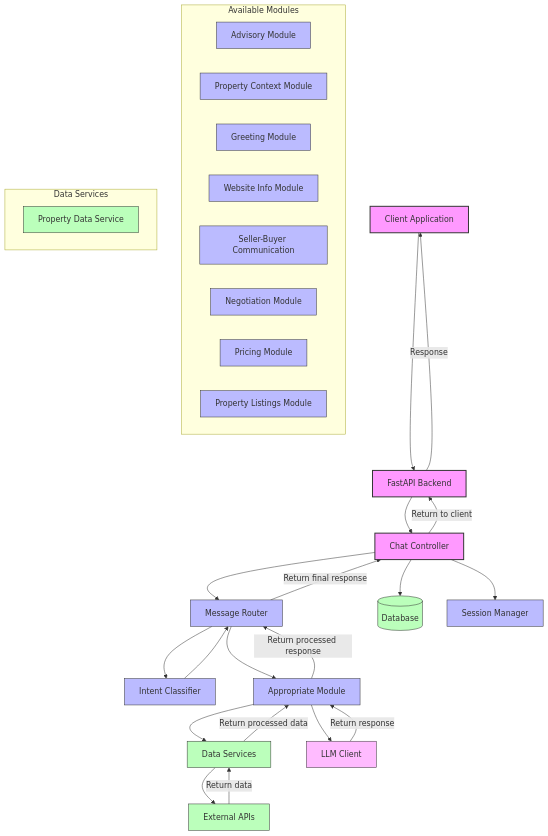
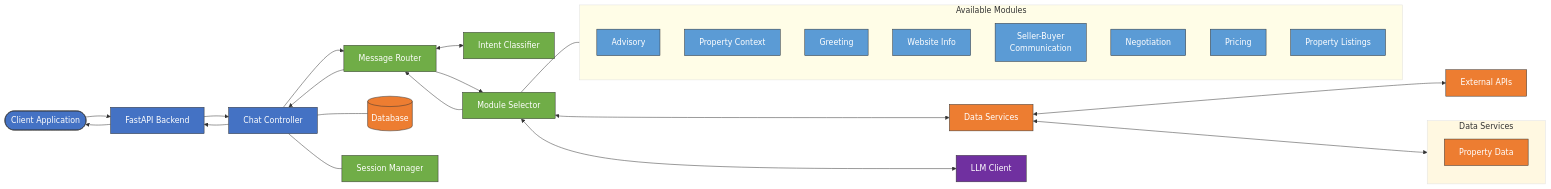
Before and after one commit to alexbull1999/MaiSON_Chatbot: the diagram in diagrams/architecture_diagram.md, drawn with Mermaid. The commit also changed 1 other file, not shown here.

Commit message:
Updating diagram

````diff
--- a/diagrams/architecture_diagram.md
+++ b/diagrams/architecture_diagram.md
@@ -1,54 +1,63 @@
 ```mermaid
-graph TD
-    %% Main Flow
-    Client[Client Application] --> API[FastAPI Backend]
-    API --> Controller[Chat Controller]
-    Controller --> Router[Message Router]
-    Router --> Classifier[Intent Classifier]
-    Classifier --> Router
+flowchart LR
+    %% Core components with improved layout
+    Client([Client Application]):::primary --> API[FastAPI Backend]:::primary
+    API --> Controller[Chat Controller]:::primary
+    Controller --> Router[Message Router]:::secondary
+    Router <--> Classifier[Intent Classifier]:::secondary
     
-    %% Module Selection (simplified)
-    Router --> Modules[Appropriate Module]
-    Modules --> DataServices[Data Services]
-    DataServices --> ExternalAPIs[External APIs]
-    ExternalAPIs --"Return data"--> DataServices
-    DataServices --"Return processed data"--> Modules
-    Modules --> LLM[LLM Client]
-    LLM --"Return response"--> Modules
-    Modules --"Return processed response"--> Router
-    Router --"Return final response"--> Controller
-    Controller --"Return to client"--> API
-    API --"Response"--> Client
+    %% Database connections
+    Controller --- DB[(Database)]:::data
+    Controller --- Session[Session Manager]:::secondary
     
-    %% Database Connection
-    Controller --> Database[(Database)]
-    Controller --> SessionManager[Session Manager]
+    %% Module selection and processing
+    Router --> Modules[Module Selector]:::secondary
     
-    %% Module Types (listed separately)
-    subgraph "Available Modules"
-        Module1[Advisory Module]
-        Module2[Property Context Module]
-        Module3[Greeting Module]
-        Module4[Website Info Module]
-        Module5[Seller-Buyer Communication]
-        Module6[Negotiation Module]
-        Module7[Pricing Module]
-        Module8[Property Listings Module]
+    %% External integrations
+    Modules <--> DataSvc[Data Services]:::data
+    DataSvc <--> ExtAPI[External APIs]:::data
+    Modules <--> LLM[LLM Client]:::llm
+    
+    %% Return flow
+    Modules --> Router
+    Router --> Controller
+    Controller --> API
+    API --> Client
+    
+    %% Available modules in a cleaner subgraph
+    subgraph ModuleTypes[Available Modules]
+        direction TB
+        Advisory[Advisory]:::module
+        PropContext[Property Context]:::module
+        Greeting[Greeting]:::module
+        WebInfo[Website Info]:::module
+        CommModule[Seller-Buyer<br>Communication]:::module
+        Negotiation[Negotiation]:::module
+        Pricing[Pricing]:::module
+        Listings[Property Listings]:::module
     end
     
-    %% Data Services (listed separately)
-    subgraph "Data Services"
-        Service1[Property Data Service]
+    %% Set background color for the modules subgraph
+    style ModuleTypes fill:#FFFDE7,stroke:#E0E0E0
+    
+    %% Connect modules to the module selector
+    Modules --- ModuleTypes
+    
+    %% Data services in a clean subgraph
+    subgraph DataServices[Data Services]
+        PropData[Property Data]:::data
     end
     
-    %% Styling
-    classDef primary fill:#f9f,stroke:#333,stroke-width:2px
-    classDef secondary fill:#bbf,stroke:#333,stroke-width:1px
-    classDef data fill:#bfb,stroke:#333,stroke-width:1px
-    classDef llm fill:#fbf,stroke:#333,stroke-width:1px
+    %% Set background color for the data services subgraph
+    style DataServices fill:#FFF8E1,stroke:#E0E0E0
     
-    class Client,API,Controller primary
-    class Router,Classifier,Modules,Module1,Module2,Module3,Module4,Module5,Module6,Module7,Module8,SessionManager secondary
-    class Database,DataServices,Service1,ExternalAPIs data
-    class LLM llm
+    %% Connect data services
+    DataSvc <--> DataServices
+    
+    %% Styling to match the provided image colors
+    classDef primary fill:#4472C4,stroke:#333,color:#FFF,stroke-width:1px
+    classDef secondary fill:#70AD47,stroke:#333,color:#FFF,stroke-width:1px
+    classDef data fill:#ED7D31,stroke:#333,color:#FFF,stroke-width:1px
+    classDef llm fill:#7030A0,stroke:#333,color:#FFF,stroke-width:1px
+    classDef module fill:#5B9BD5,stroke:#333,color:#FFF,stroke-width:1px
 ``` 
````
